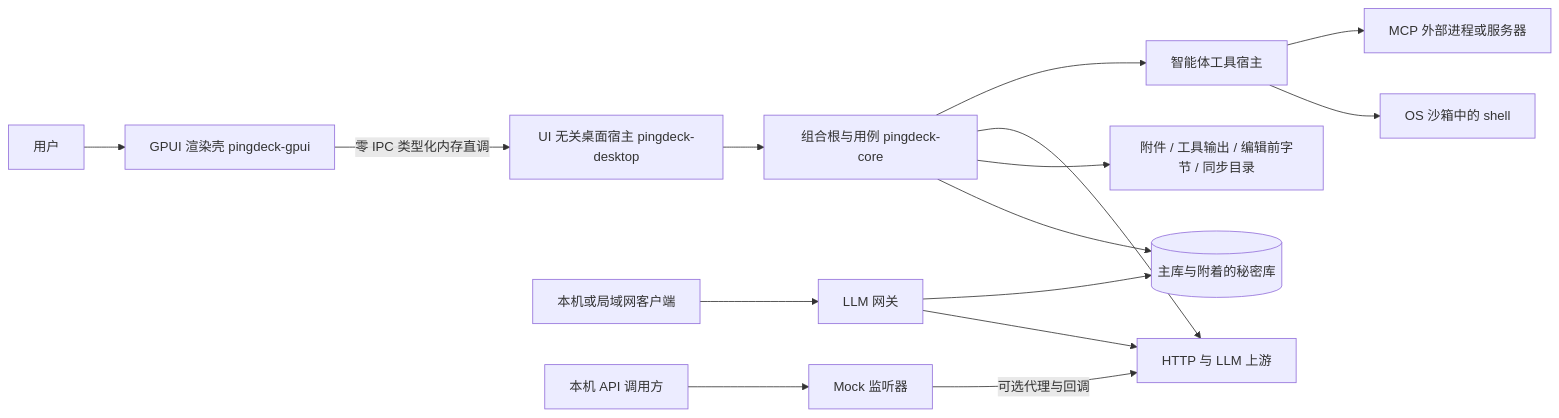
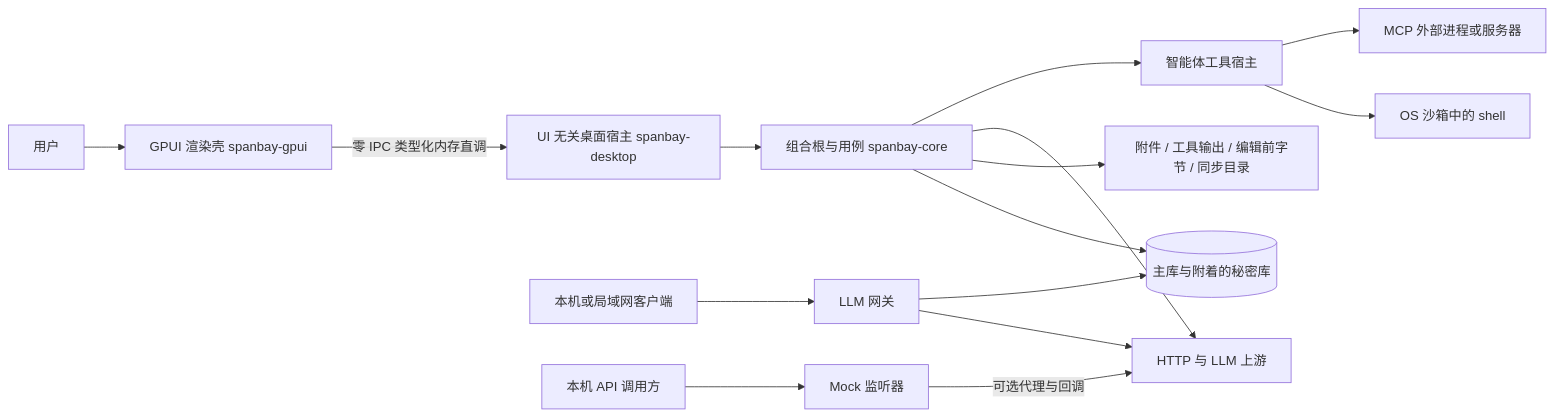
One commit to LiangLliu/PingDeck changed the first of 4 diagrams in docs/architecture.md. Above: the diagram before and after it, drawn with Mermaid. The commit also changed other lines of this file and 2307 other files, not shown here.

````diff
--- a/docs/architecture.md
+++ b/docs/architecture.md
@@ -9,17 +9,17 @@
 ```mermaid
 flowchart LR
-  U[用户] --> UI[GPUI 渲染壳 pingdeck-gpui]
-  UI -->|零 IPC 类型化内存直调| DH[UI 无关桌面宿主 pingdeck-desktop]
-  DH --> APP[组合根与用例 pingdeck-core]
+  U[用户] --> UI[GPUI 渲染壳 spanbay-gpui]
+  UI -->|零 IPC 类型化内存直调| DH[UI 无关桌面宿主 spanbay-desktop]
+  DH --> APP[组合根与用例 spanbay-core]
   APP --> DB[(主库与附着的秘密库)]
   APP --> FS[附件 / 工具输出 / 编辑前字节 / 同步目录]
   APP --> NET[HTTP 与 LLM 上游]
   CLI[本机或局域网客户端] --> GW[LLM 网关]
   GW --> NET
   GW --> DB
   LOCAL[本机 API 调用方] --> MOCK[Mock 监听器]
   MOCK -->|可选代理与回调| NET
   APP --> AG[智能体工具宿主]
   AG --> SHELL[OS 沙箱中的 shell]
   AG --> MCP[MCP 外部进程或服务器]
 ```
````
